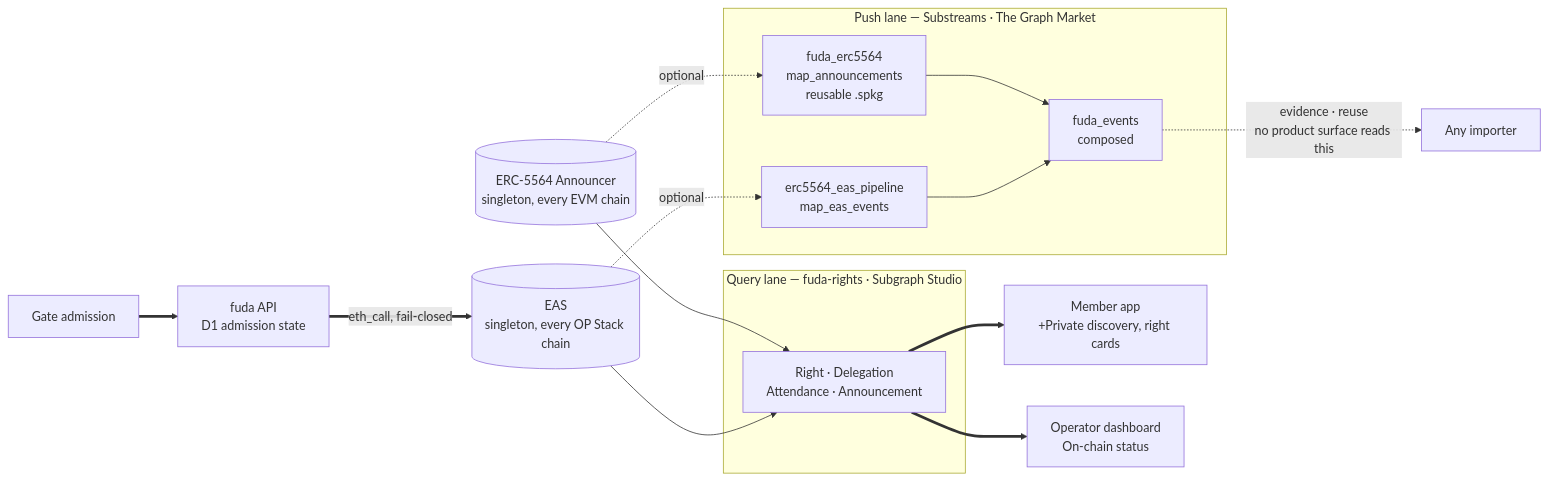
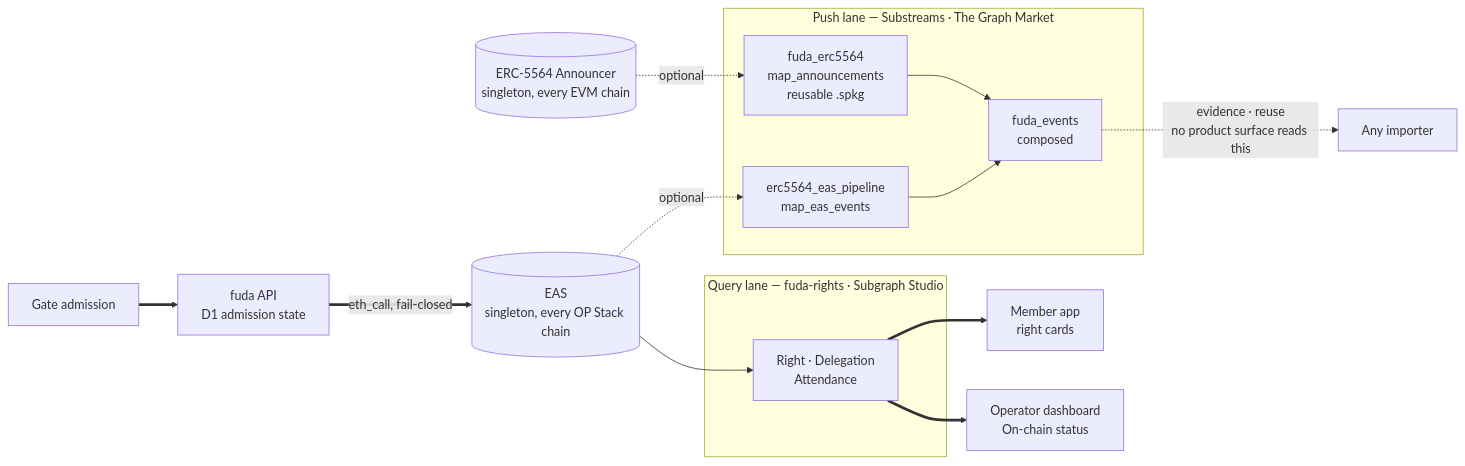
Before and after one commit to oboroxyz/fuda-sh: the first of 2 diagrams in docs/integrations/thegraph.md, drawn with Mermaid. The commit also changed other lines of this file and 1 other file, not shown here.

Commit message:
docs: remove +Private, Activation, Claim key and Agent key from specs and glossary

````diff
--- a/docs/integrations/thegraph.md
+++ b/docs/integrations/thegraph.md
@@ -9,29 +11,28 @@
 ```mermaid
 flowchart LR
     ANN[("ERC-5564 Announcer<br/>singleton, every EVM chain")]
     EAS[("EAS<br/>singleton, every OP Stack chain")]
 
     subgraph push["Push lane — Substreams · The Graph Market"]
         M1["fuda_erc5564<br/>map_announcements<br/>reusable .spkg"]
         M2["erc5564_eas_pipeline<br/>map_eas_events"]
         M3["fuda_events<br/>composed"]
         M1 --> M3
         M2 --> M3
     end
 
     subgraph query["Query lane — fuda-rights · Subgraph Studio"]
-        SG["Right · Delegation<br/>Attendance · Announcement"]
+        SG["Right · Delegation<br/>Attendance"]
     end
 
     ANN -. "optional" .-> M1
     EAS -. "optional" .-> M2
-    ANN --> SG
     EAS --> SG
 
-    SG ==> APP["Member app<br/>+Private discovery, right cards"]
+    SG ==> APP["Member app<br/>right cards"]
     SG ==> DASH["Operator dashboard<br/>On-chain status"]
     M3 -. "evidence · reuse<br/>no product surface reads this" .-> ANYONE["Any importer"]
 
     GATE["Gate admission"] ==> API["fuda API<br/>D1 admission state"]
     API ==>|"eth_call, fail-closed"| EAS
 ```
````
